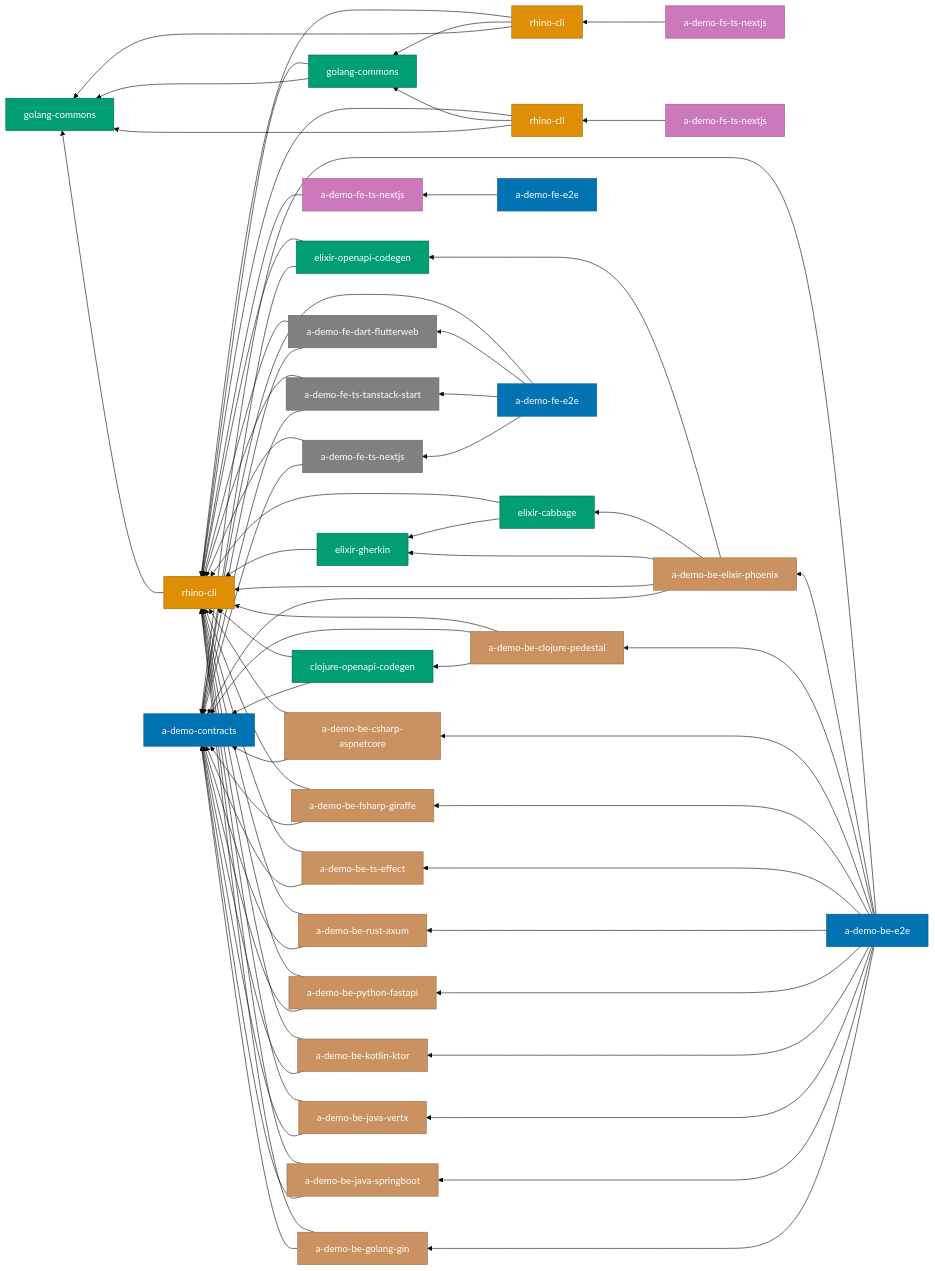
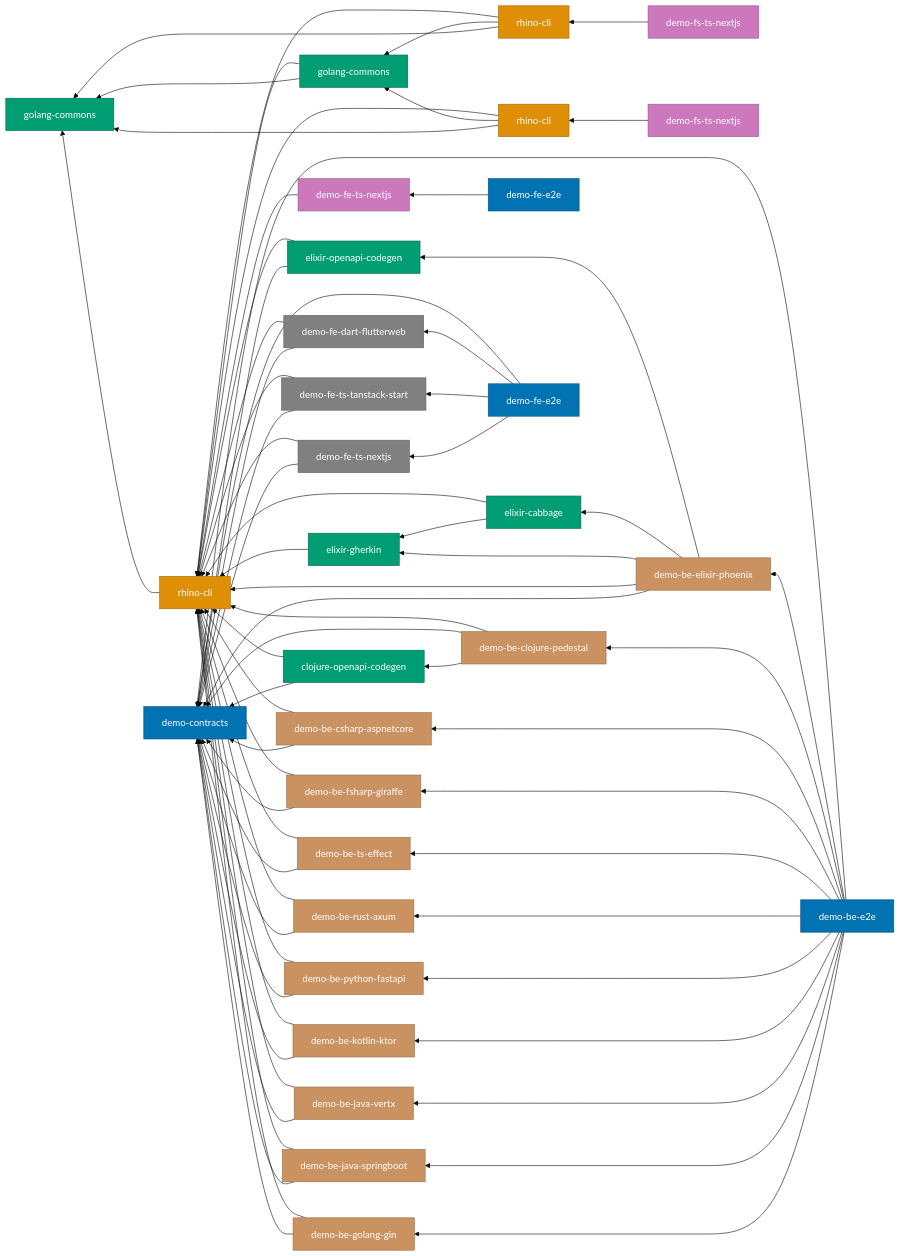
One commit to wahidyankf/ose-primer changed the diagram in docs/reference/project-dependency-graph.md. Above: the diagram before and after it, drawn with Mermaid (base theme). The commit also changed other lines of this file and 3064 other files, not shown here.

````diff
--- a/docs/reference/project-dependency-graph.md
+++ b/docs/reference/project-dependency-graph.md
@@ -58,7 +58,7 @@
 ```mermaid
 graph RL
   %% Specs (leaf)
-  DC[a-demo-contracts]
+  DC[demo-contracts]
 
   %% Go libs (leaf / near-leaf)
   GC[golang-commons]
@@ -78,34 +78,34 @@
   OPC[rhino-cli]
 
   %% Hugo sites
-  AKW[a-demo-fs-ts-nextjs]
-  OPW[a-demo-fs-ts-nextjs]
+  AKW[demo-fs-ts-nextjs]
+  OPW[demo-fs-ts-nextjs]
 
-  %% a-demo
-  OLW[a-demo-fe-ts-nextjs]
-  OLE[a-demo-fe-e2e]
+  %% demo
+  OLW[demo-fe-ts-nextjs]
+  OLE[demo-fe-e2e]
 
   %% Demo backends (grouped)
-  GOLANG[a-demo-be-golang-gin]
-  SPRING[a-demo-be-java-springboot]
-  VERTX[a-demo-be-java-vertx]
-  KOTLIN[a-demo-be-kotlin-ktor]
-  PYTHON[a-demo-be-python-fastapi]
-  RUST[a-demo-be-rust-axum]
-  EFFECT[a-demo-be-ts-effect]
-  FSHARP[a-demo-be-fsharp-giraffe]
-  CSHARP[a-demo-be-csharp-aspnetcore]
-  CLOJURE[a-demo-be-clojure-pedestal]
-  ELIXIR[a-demo-be-elixir-phoenix]
+  GOLANG[demo-be-golang-gin]
+  SPRING[demo-be-java-springboot]
+  VERTX[demo-be-java-vertx]
+  KOTLIN[demo-be-kotlin-ktor]
+  PYTHON[demo-be-python-fastapi]
+  RUST[demo-be-rust-axum]
+  EFFECT[demo-be-ts-effect]
+  FSHARP[demo-be-fsharp-giraffe]
+  CSHARP[demo-be-csharp-aspnetcore]
+  CLOJURE[demo-be-clojure-pedestal]
+  ELIXIR[demo-be-elixir-phoenix]
 
   %% Demo frontends
-  NEXTJS[a-demo-fe-ts-nextjs]
-  TANSTACK[a-demo-fe-ts-tanstack-start]
-  FLUTTER[a-demo-fe-dart-flutterweb]
+  NEXTJS[demo-fe-ts-nextjs]
+  TANSTACK[demo-fe-ts-tanstack-start]
+  FLUTTER[demo-fe-dart-flutterweb]
 
   %% E2E
-  BEE2E[a-demo-be-e2e]
-  FEE2E[a-demo-fe-e2e]
+  BEE2E[demo-be-e2e]
+  FEE2E[demo-fe-e2e]
 
   %% --- Dependency edges ---
 
@@ -133,7 +133,7 @@
   COC --> DC
   COC --> RC
 
-  %% a-demo
+  %% demo
   OLW --> RC
   OLE --> OLW
 
````
